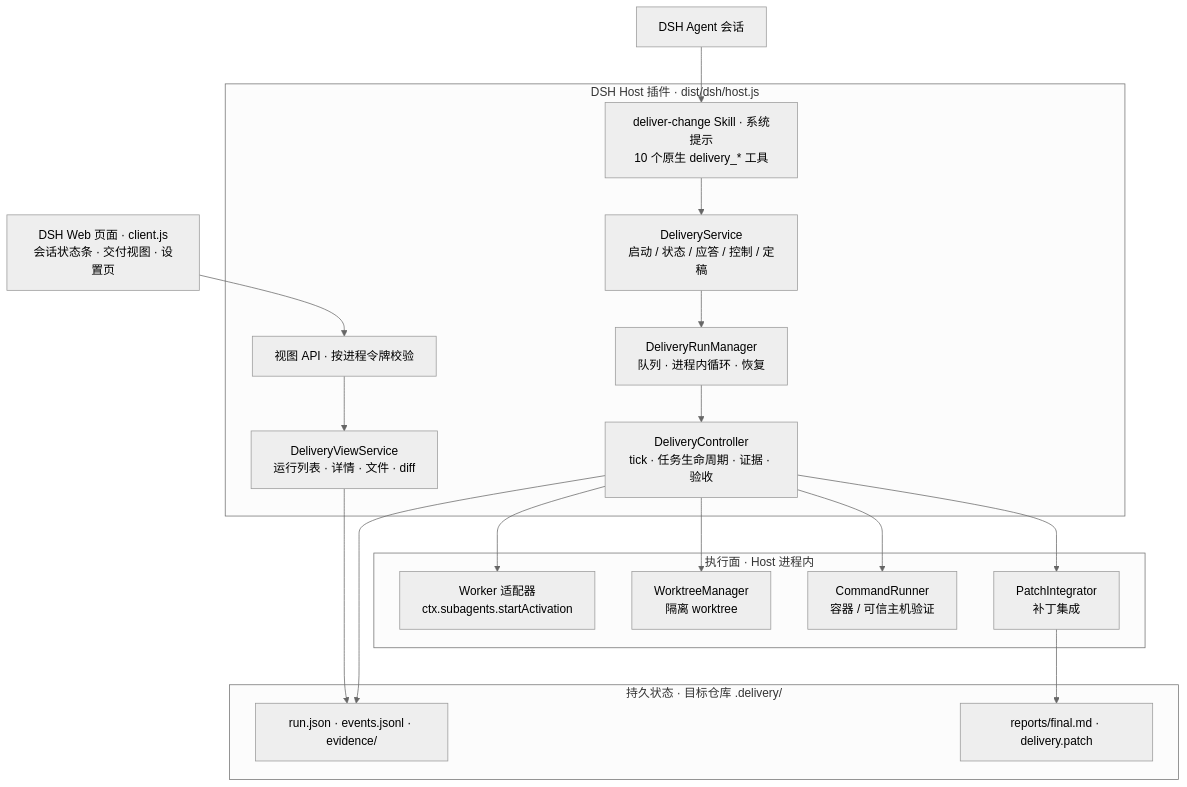
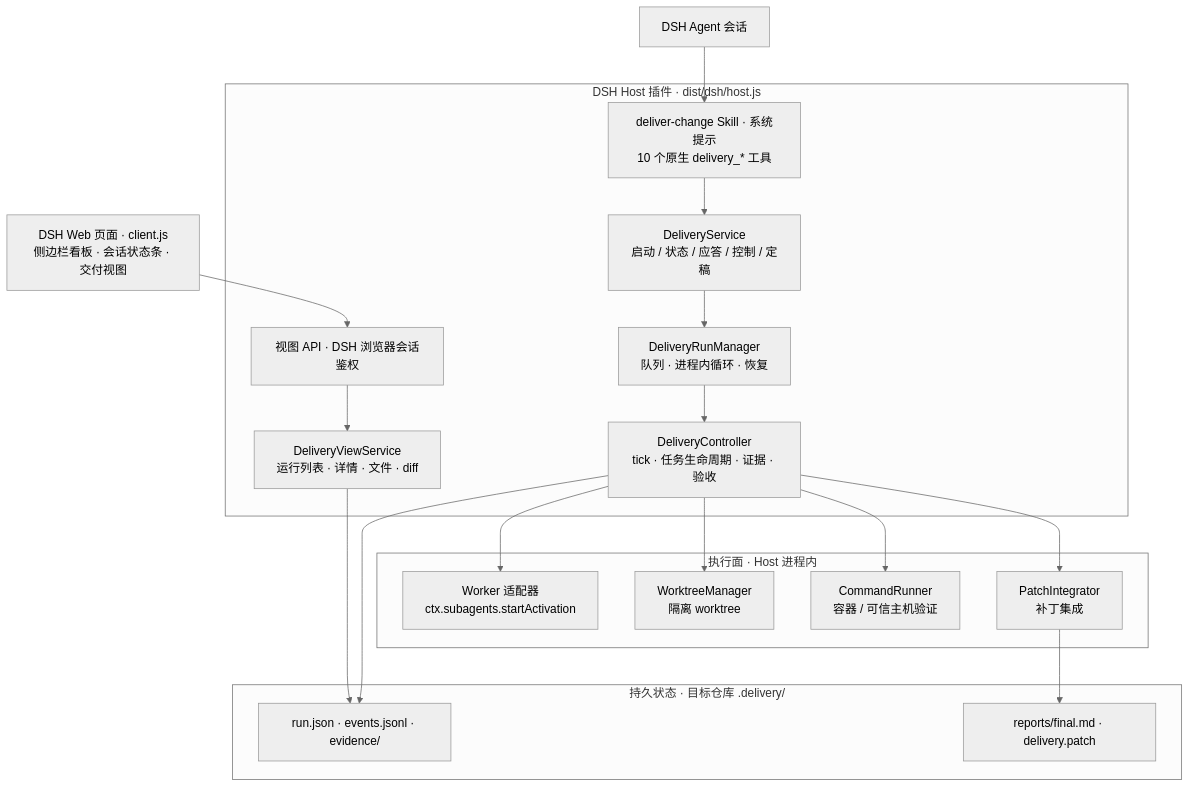
Before and after one commit to loveowie/delivery-loop: the first of 3 diagrams in readme-cn.md, drawn with Mermaid (neutral theme). The commit also changed other lines of this file and 10 other files, not shown here.

````diff
--- a/readme-cn.md
+++ b/readme-cn.md
@@ -33,40 +33,40 @@
 ```mermaid
 flowchart TB
   agent["DSH Agent 会话"]
-  web["DSH Web 页面 · client.js<br/>会话状态条 · 交付视图 · 设置页"]
+  web["DSH Web 页面 · client.js<br/>侧边栏看板 · 会话状态条 · 交付视图"]
 
   subgraph host["DSH Host 插件 · dist/dsh/host.js"]
     t["deliver-change Skill · 系统提示<br/>10 个原生 delivery_* 工具"]
     s1["DeliveryService<br/>启动 / 状态 / 应答 / 控制 / 定稿"]
     s3["DeliveryRunManager<br/>队列 · 进程内循环 · 恢复"]
     s4["DeliveryController<br/>tick · 任务生命周期 · 证据 · 验收"]
-    h3["视图 API · 按进程令牌校验"]
+    h3["视图 API · DSH 浏览器会话鉴权"]
     s2["DeliveryViewService<br/>运行列表 · 详情 · 文件 · diff"]
   end
 
   subgraph exec["执行面 · Host 进程内"]
     e1["Worker 适配器<br/>ctx.subagents.startActivation"]
     e2["WorktreeManager<br/>隔离 worktree"]
     e3["CommandRunner<br/>容器 / 可信主机验证"]
     e4["PatchIntegrator<br/>补丁集成"]
   end
 
   subgraph store["持久状态 · 目标仓库 .delivery/"]
     st1["run.json · events.jsonl · evidence/"]
     st2["reports/final.md · delivery.patch"]
   end
 
   agent --> t
   web --> h3
   t --> s1
   h3 --> s2
   s2 --> st1
   s1 --> s3
   s3 --> s4
   s4 --> e1
   s4 --> e2
   s4 --> e3
   s4 --> e4
   s4 --> st1
   e4 --> st2
 ```
````
